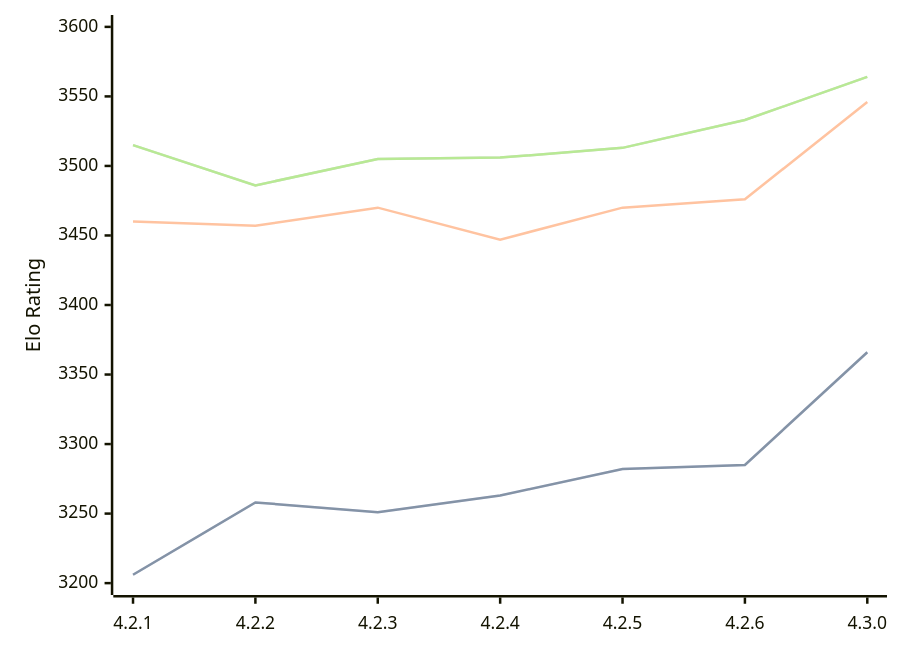
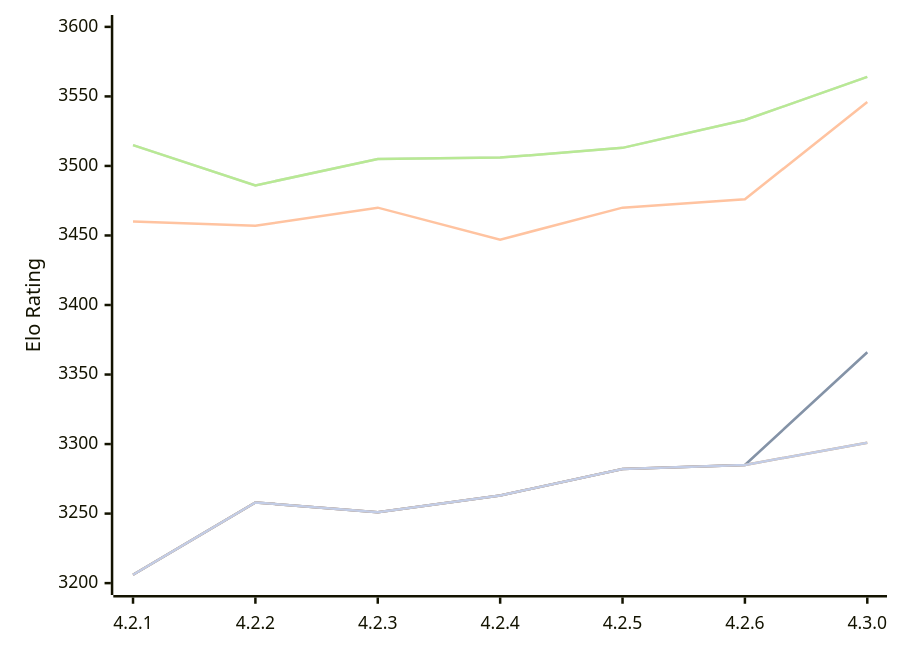
One commit to computer-chess-index/cci changed the diagram in engines/Gaia.md. Above: the diagram before and after it, drawn with Mermaid. The commit also changed other lines of this file, not shown here.

Commit message:
Update CCI Ratings (ELO VLTC) - 2026-10-11

````diff
--- a/engines/Gaia.md
+++ b/engines/Gaia.md
@@ -53,16 +54,13 @@
 ```mermaid
 %%{init: {"theme":"base","themeVariables":{"seriesColors:['#a3a3a3','#222221','#faa371']}}}%%
 xychart-beta
   x-axis ["4.2.1", "4.2.2", "4.2.3", "4.2.4", "4.2.5", "4.2.6", "4.3.0"]
   y-axis "Elo Rating" 3200 --> 3600
   line "" [3206, 3258, 3251, 3263, 3282, 3285, 3366]
   line "T1: STC (8.0+0.08s)" [3206, 3258, 3251, 3263, 3282, 3285, 3366]
   line "T1: LTC (60.0+0.60s)" [3460, 3457, 3470, 3447, 3470, 3476, 3546]
   line "" [3515, 3486, 3505, 3506, 3513, 3533, 3564]
   line "T1: VLTC (2m24s+1.12s)" [3515, 3486, 3505, 3506, 3513, 3533, 3564]
-  line "" [3287]
-  line "E1: STC (8.0+0.08s)" [3287]
-  line "E1: LTC (60.0+0.60s)" [3557]
-  line "" [3572]
-  line "E1: VLTC (2m24s+1.12s)" [3572]
+  line "" [3206, 3258, 3251, 3263, 3282, 3285,3301, 3422]
+  line "E1: STC (8.0+0.08s)" [3206, 3258, 3251, 3263, 3282, 3285,3301, 3422]
 ```
````
